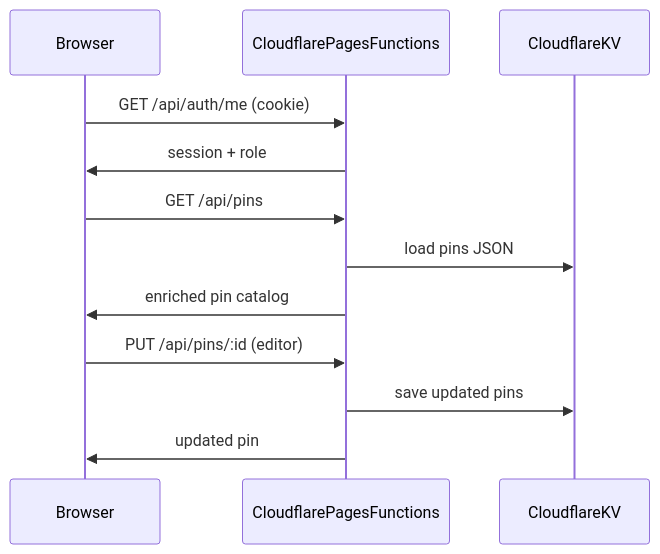
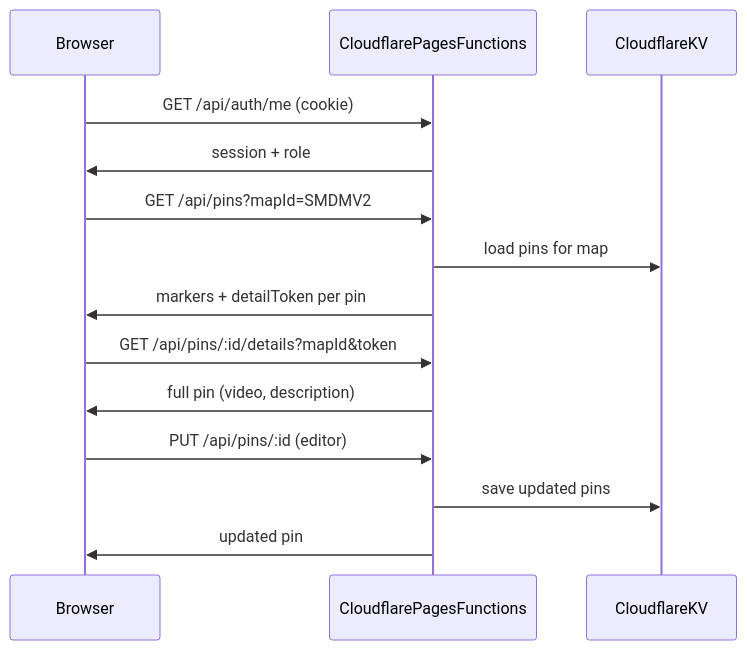
One commit to Djurre1981/hll-tactika-test changed the diagram in docs/project-overview.md. Above: the diagram before and after it, drawn with Mermaid. The commit also changed other lines of this file and 34 other files, not shown here.

First line of the commit message:
Implement hybrid anti-exfiltration with per-map markers and token-gated pin details.

````diff
--- a/docs/project-overview.md
+++ b/docs/project-overview.md
@@ -58,15 +58,17 @@
 ```mermaid
 sequenceDiagram
   participant Browser
   participant CF as CloudflarePagesFunctions
   participant KV as CloudflareKV
 
   Browser->>CF: GET /api/auth/me (cookie)
   CF->>Browser: session + role
-  Browser->>CF: GET /api/pins
-  CF->>KV: load pins JSON
-  CF->>Browser: enriched pin catalog
+  Browser->>CF: GET /api/pins?mapId=SMDMV2
+  CF->>KV: load pins for map
+  CF->>Browser: markers + detailToken per pin
+  Browser->>CF: GET /api/pins/:id/details?mapId&token
+  CF->>Browser: full pin (video, description)
   Browser->>CF: PUT /api/pins/:id (editor)
   CF->>KV: save updated pins
   CF->>Browser: updated pin
 ```
````
